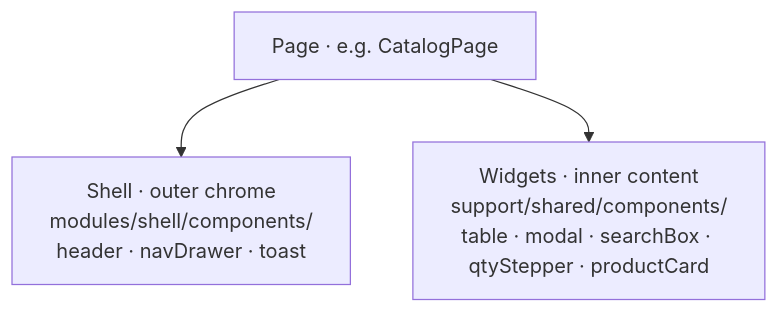
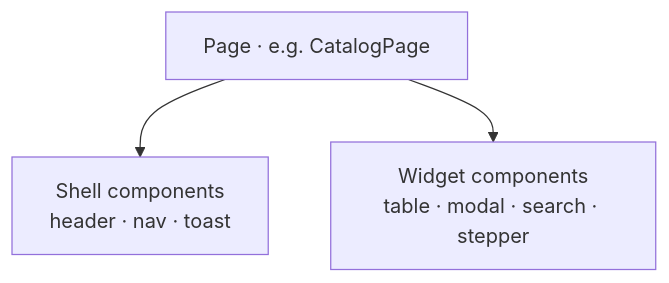
One commit to getulionm/pw-composition changed the fourth of 4 diagrams in README.md. Above: the diagram before and after it, drawn with Mermaid. The commit also changed other lines of this file, not shown here.

First line of the commit message:
Trim and clarify README architecture docs.

````diff
--- a/README.md
+++ b/README.md
@@ -158,7 +153,7 @@
 ```mermaid
 flowchart TD
   page["Page · e.g. CatalogPage"]
 
-  page --> shell["Shell · outer chrome<br/>modules/shell/components/<br/>header · navDrawer · toast"]
-  page --> widgets["Widgets · inner content<br/>support/shared/components/<br/>table · modal · searchBox · qtyStepper · productCard"]
+  page --> shell["Shell components<br/>header · nav · toast"]
+  page --> widgets["Widget components<br/>table · modal · search · stepper"]
 ```
````
